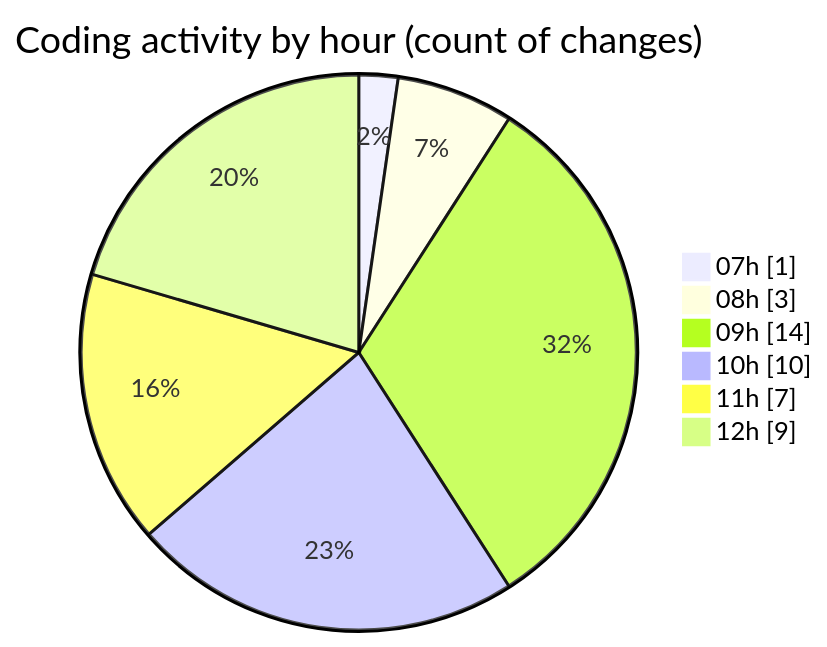
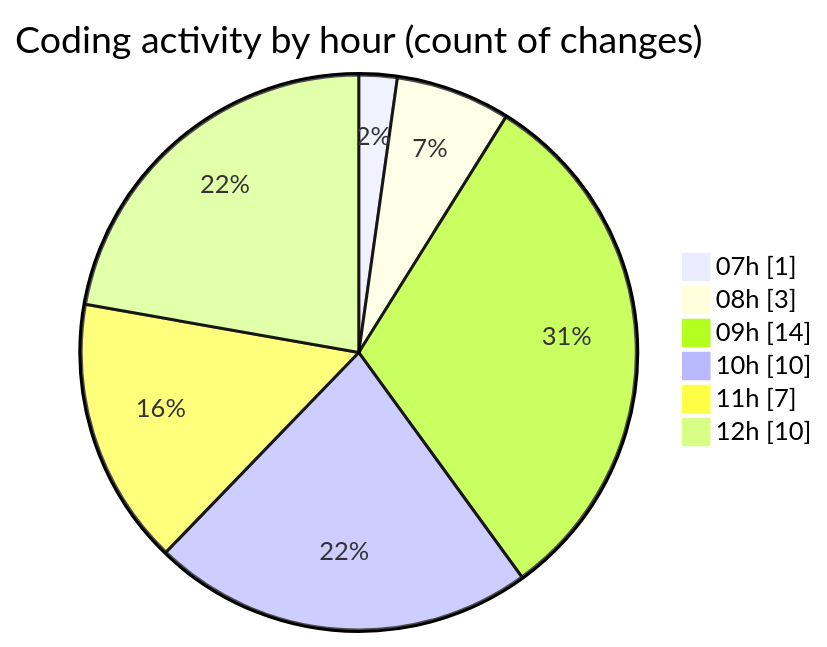
One commit to tmsrecording-cyber/code-tracking changed the second of 2 diagrams in 2026-02-02/singularitybrainai/README.md. Above: the diagram before and after it, drawn with Mermaid. The commit also changed other lines of this file and 1 other file, not shown here.

````diff
--- a/2026-02-02/singularitybrainai/README.md
+++ b/2026-02-02/singularitybrainai/README.md
@@ -40,10 +40,10 @@
 ```mermaid
 pie showData
 title Coding activity by hour (count of changes)
 "07h" : 1
 "08h" : 3
 "09h" : 14
 "10h" : 10
 "11h" : 7
-"12h" : 9
+"12h" : 10
 ```
````
